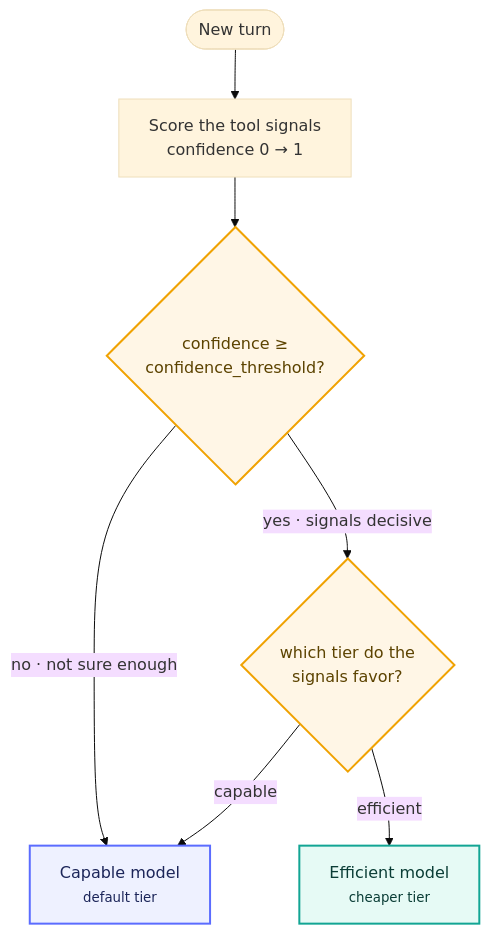
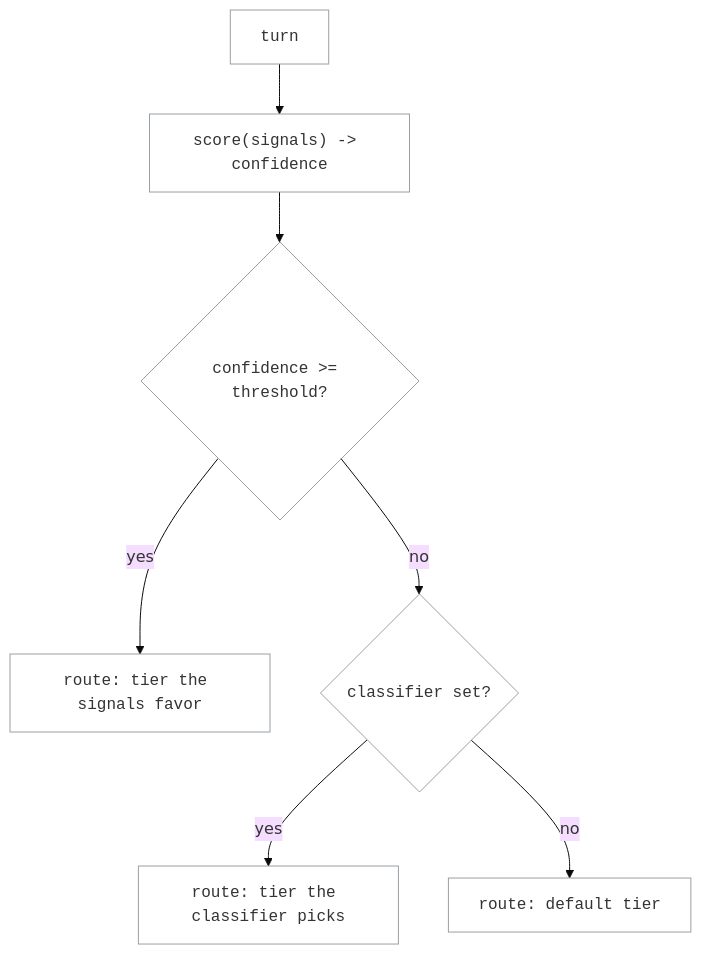
Before and after one commit to NVIDIA-NeMo/Switchyard: the diagram in docs/routing_algorithms/stage_router_routing.md, drawn with Mermaid (base theme). The commit also changed other lines of this file, not shown here.

Commit message:
docs(stage-router): compact monospace flow diagram incl. classifier path

````diff
--- a/docs/routing_algorithms/stage_router_routing.md
+++ b/docs/routing_algorithms/stage_router_routing.md
@@ -39,16 +39,12 @@
 ```mermaid
 flowchart TD
-    call(["New turn"]) --> score["Score the tool signals<br/>confidence 0 → 1"]
-    score --> gate{"confidence ≥<br/>confidence_threshold?"}
-    gate -->|"no · not sure enough"| cap
-    gate -->|"yes · signals decisive"| pick{"which tier do the<br/>signals favor?"}
-    pick -->|capable| cap["Capable model<br/><small>default tier</small>"]
-    pick -->|efficient| eff["Efficient model<br/><small>cheaper tier</small>"]
+    turn["turn"] --> score["score(signals) -> confidence"]
+    score --> gate{"confidence >= threshold?"}
+    gate -->|yes| a["route: tier the signals favor"]
+    gate -->|no| clf{"classifier set?"}
+    clf -->|yes| b["route: tier the classifier picks"]
+    clf -->|no| c["route: default tier"]
 
-    classDef capable fill:#eef1ff,stroke:#5b6cff,stroke-width:2px,color:#1b2559;
-    classDef efficient fill:#e6faf5,stroke:#12a594,stroke-width:2px,color:#0a3d36;
-    classDef decision fill:#fff6e6,stroke:#f0a202,stroke-width:2px,color:#5c4300;
-    class cap capable
-    class eff efficient
-    class gate,pick decision
+    classDef box font-family:monospace,fill:none,stroke:#9aa0a6,stroke-width:1px;
+    class turn,score,a,b,c,gate,clf box;
 ```
````
